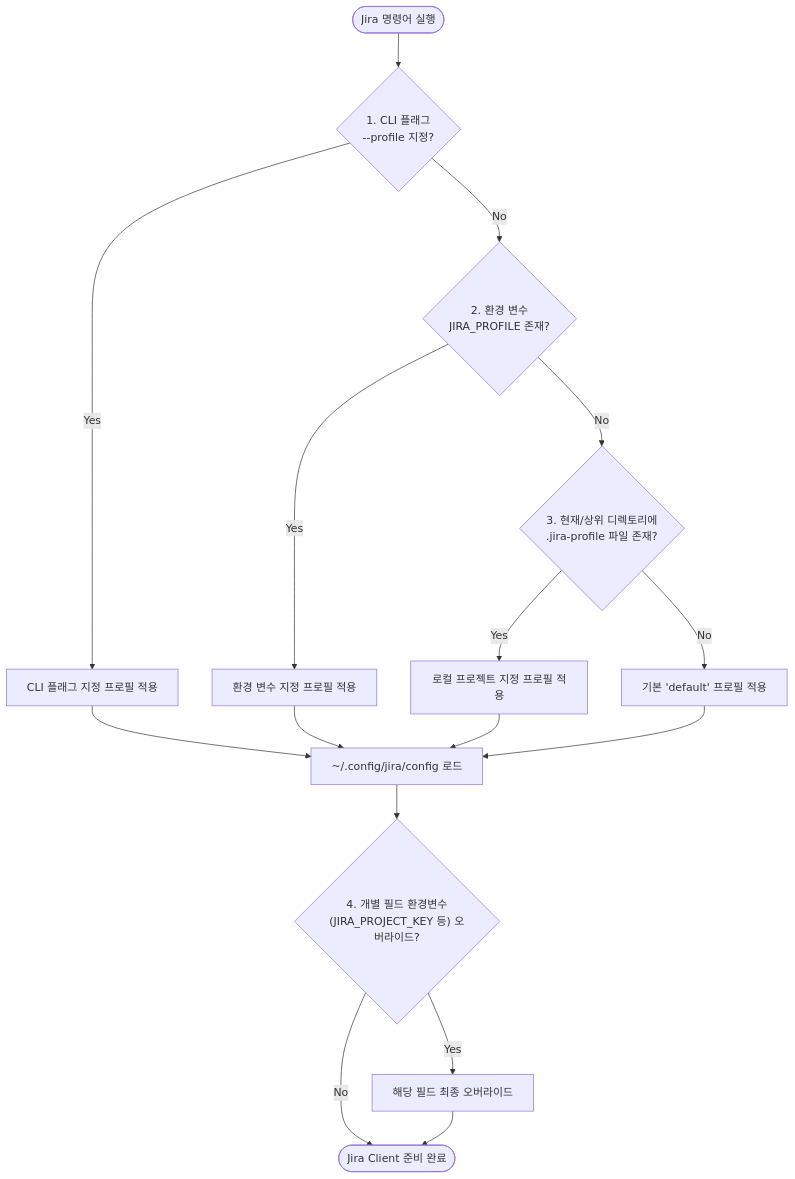
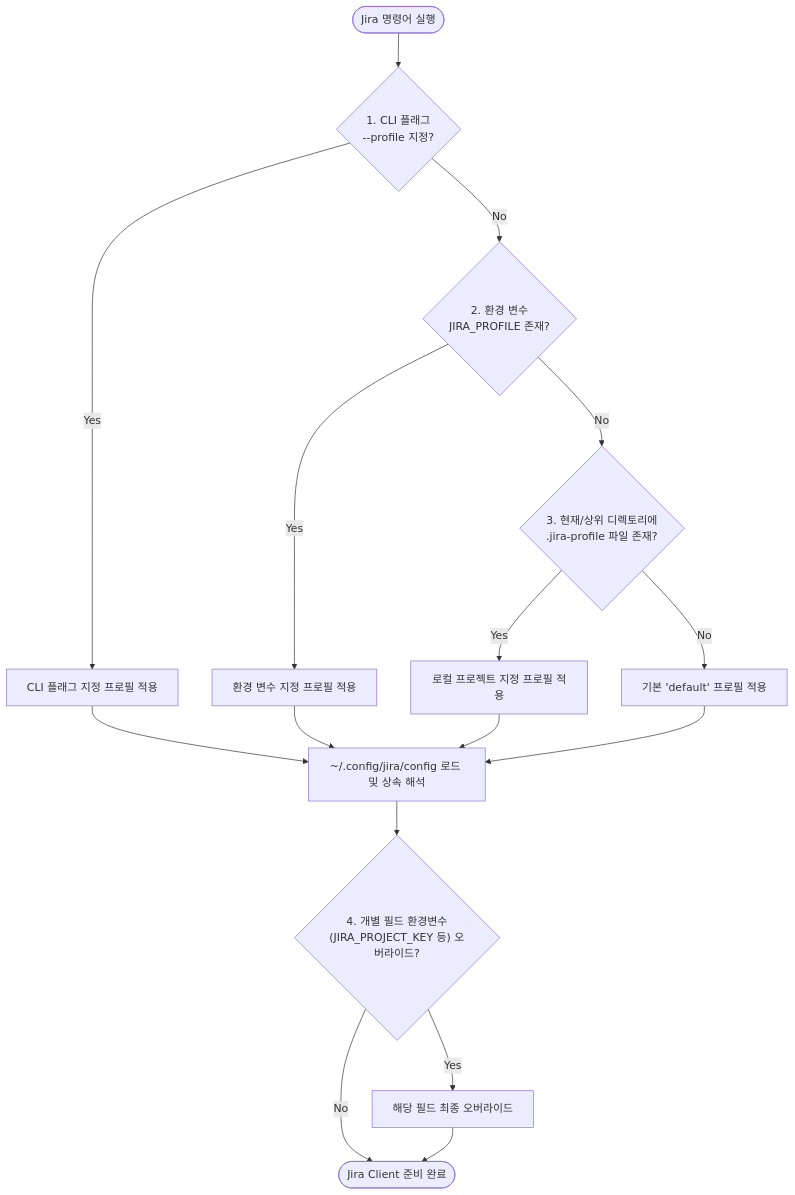
Before and after one commit to joincdream/jira-cli: the diagram in knowledge/configuration.md, drawn with Mermaid. The commit also changed other lines of this file and 18 other files, not shown here.

````diff
--- a/knowledge/configuration.md
+++ b/knowledge/configuration.md
@@ -29,22 +30,22 @@
 ```mermaid
 flowchart TD
     Start([Jira 명령어 실행]) --> FlagCheck{"1. CLI 플래그<br>--profile <name> 지정?"}
     FlagCheck -->|Yes| UseFlag[CLI 플래그 지정 프로필 적용]
     FlagCheck -->|No| EnvCheck{"2. 환경 변수<br>JIRA_PROFILE 존재?"}
     
     EnvCheck -->|Yes| UseEnv[환경 변수 지정 프로필 적용]
     EnvCheck -->|No| LocalCheck{"3. 현재/상위 디렉토리에<br>.jira-profile 파일 존재?"}
     
     LocalCheck -->|Yes| UseLocal[로컬 프로젝트 지정 프로필 적용]
     LocalCheck -->|No| UseDefault[기본 'default' 프로필 적용]
     
-    UseFlag --> LoadFile[~/.config/jira/config 로드]
+    UseFlag --> LoadFile[~/.config/jira/config 로드 및 상속 해석]
     UseEnv --> LoadFile
     UseLocal --> LoadFile
     UseDefault --> LoadFile
     
     LoadFile --> EnvOverrideCheck{"4. 개별 필드 환경변수<br>(JIRA_PROJECT_KEY 등) 오버라이드?"}
     EnvOverrideCheck -->|Yes| ApplyOverride[해당 필드 최종 오버라이드]
     EnvOverrideCheck -->|No| Ready([Jira Client 준비 완료])
     ApplyOverride --> Ready
 ```
````
